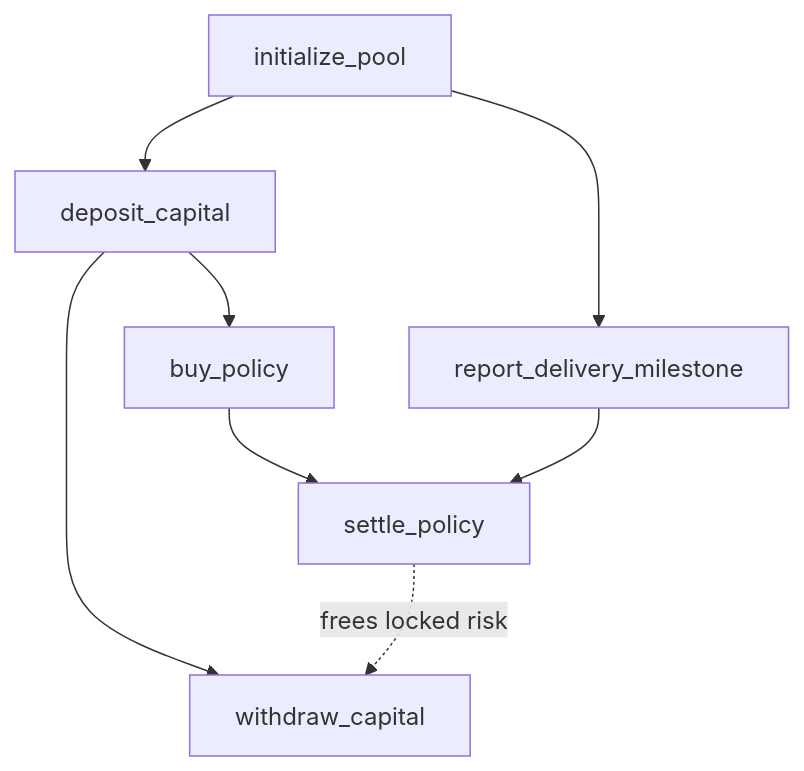
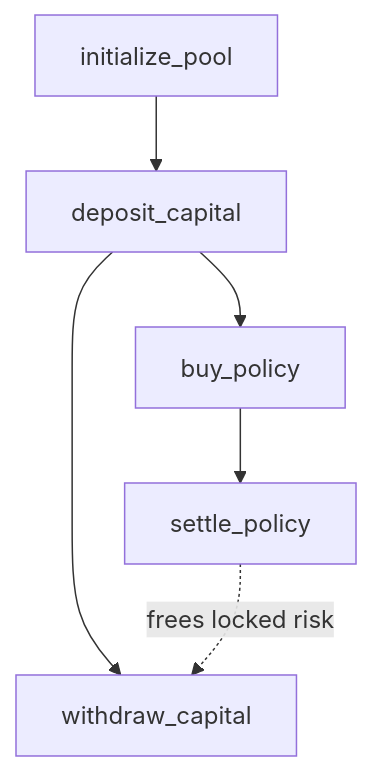
The fourth of 4 diagrams in docs/freight_delay/workflows/lifecycle.md (ChaosCore-labs/Trana_Protocol), drawn with Mermaid before and after one commit. The commit also changed other lines of this file and 27 other files, not shown here.

````diff
--- a/docs/freight_delay/workflows/lifecycle.md
+++ b/docs/freight_delay/workflows/lifecycle.md
@@ -123,10 +127,8 @@
 ```mermaid
 flowchart TD
     Init["initialize_pool"] --> Dep["deposit_capital"]
-    Init --> Report["report_delivery_milestone"]
     Dep --> Buy["buy_policy"]
     Buy --> Settle["settle_policy"]
-    Report --> Settle
     Dep --> With["withdraw_capital"]
     Settle -.->|frees locked risk| With
 ```
````
